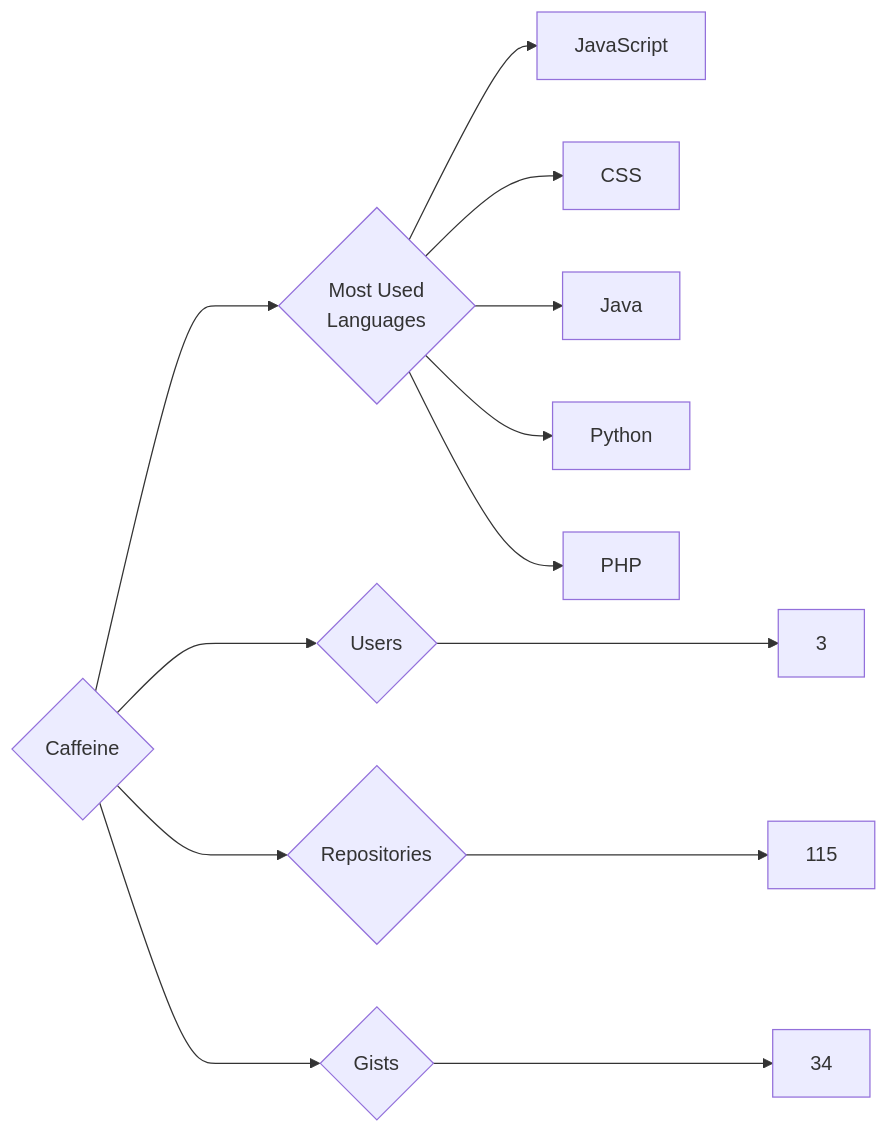
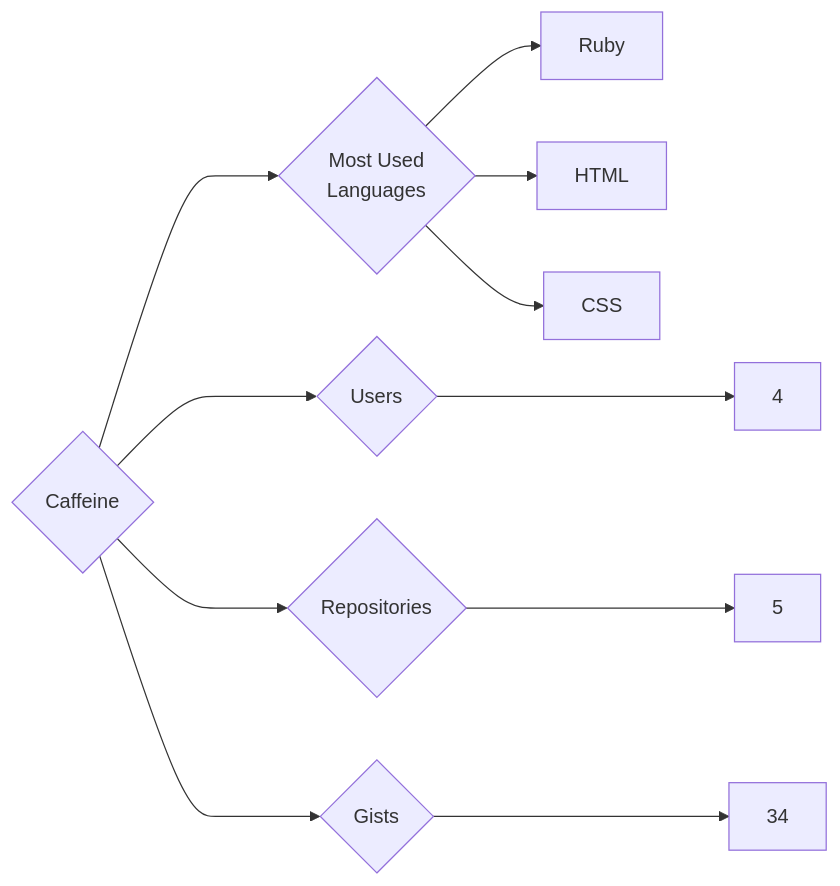
The diagram in targets/Caffeine/README.md (trickest/insiders), drawn with Mermaid before and after one commit. The commit also changed 1023 other files, not shown here.

````diff
--- a/targets/Caffeine/README.md
+++ b/targets/Caffeine/README.md
@@ -3,13 +3,11 @@
 ```mermaid
 graph LR
 COMPANY_NAME{Caffeine}
-COMPANY_NAME ---> U{Users} ---> UN[3]
-COMPANY_NAME ---> R{Repositories} ---> RN[115]
+COMPANY_NAME ---> U{Users} ---> UN[4]
+COMPANY_NAME ---> R{Repositories} ---> RN[5]
 COMPANY_NAME ---> G{Gists} ---> GN[34]
 COMPANY_NAME ---> ML{Most Used<br>Languages}
-ML --> JavaScript[JavaScript]
+ML --> Ruby[Ruby]
+ML --> HTML[HTML]
 ML --> CSS[CSS]
-ML --> Java[Java]
-ML --> Python[Python]
-ML --> PHP[PHP]
 ```
````
